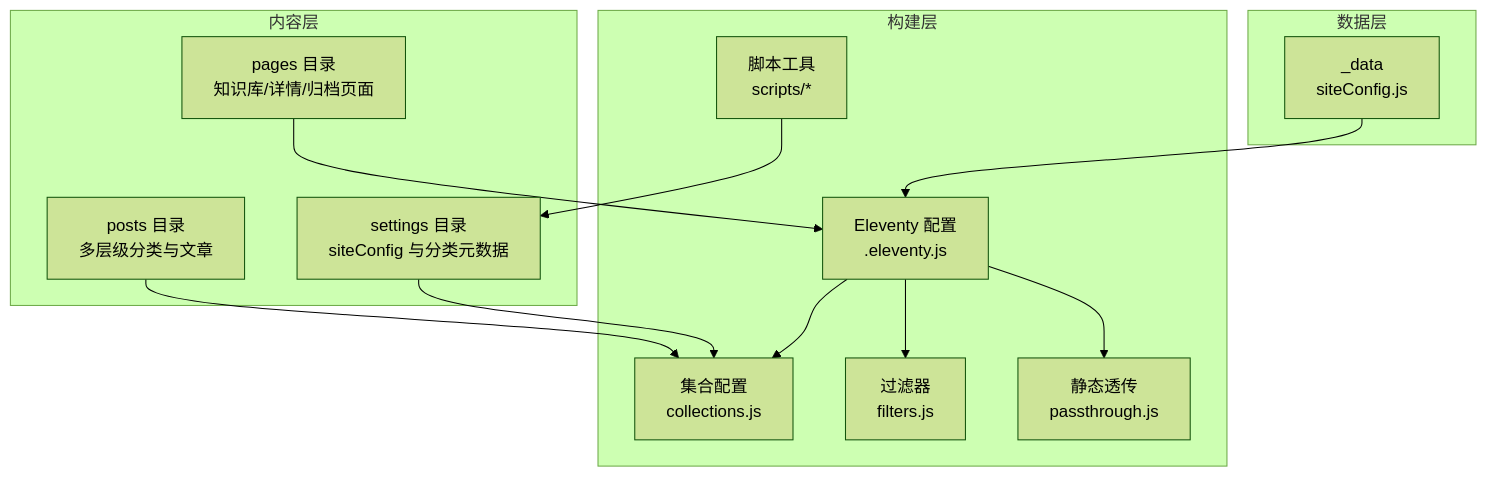
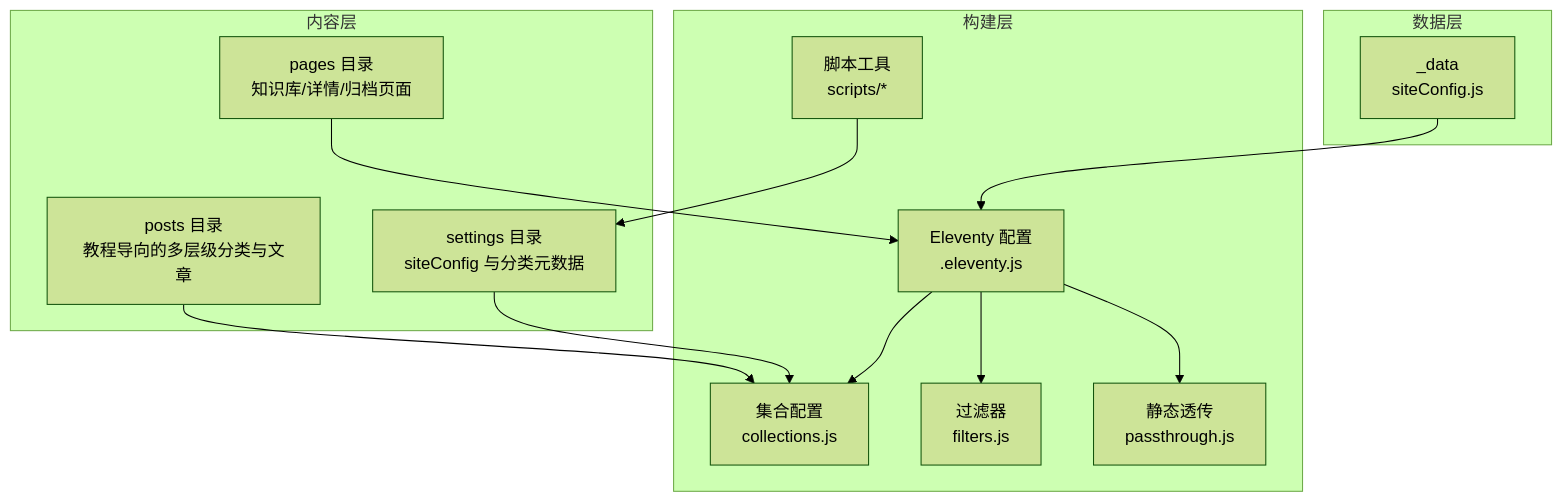
Before and after one commit to FXnadu/rainyNight-11ty: the first of 8 diagrams in .qoder/repowiki/zh/content/内容管理系统/内容组织结构.md, drawn with Mermaid (forest theme). The commit also changed other lines of this file and 79 other files, not shown here.

````diff
--- a/.qoder/repowiki/zh/content/内容管理系统/内容组织结构.md
+++ b/.qoder/repowiki/zh/content/内容管理系统/内容组织结构.md
@@ -51,26 +64,26 @@
 ```mermaid
 graph TB
 subgraph "内容层"
-P["posts 目录<br/>多层级分类与文章"]
+P["posts 目录<br/>教程导向的多层级分类与文章"]
 PG["pages 目录<br/>知识库/详情/归档页面"]
 SET["settings 目录<br/>siteConfig 与分类元数据"]
 end
 subgraph "构建层"
 ELE["Eleventy 配置<br/>.eleventy.js"]
 COL["集合配置<br/>collections.js"]
 FIL["过滤器<br/>filters.js"]
 PAS["静态透传<br/>passthrough.js"]
 SCR["脚本工具<br/>scripts/*"]
 end
 subgraph "数据层"
 D["_data<br/>siteConfig.js"]
 end
 P --> COL
 PG --> ELE
 SET --> COL
 ELE --> COL
 ELE --> FIL
 ELE --> PAS
 SCR --> SET
 D --> ELE
 ```
````
